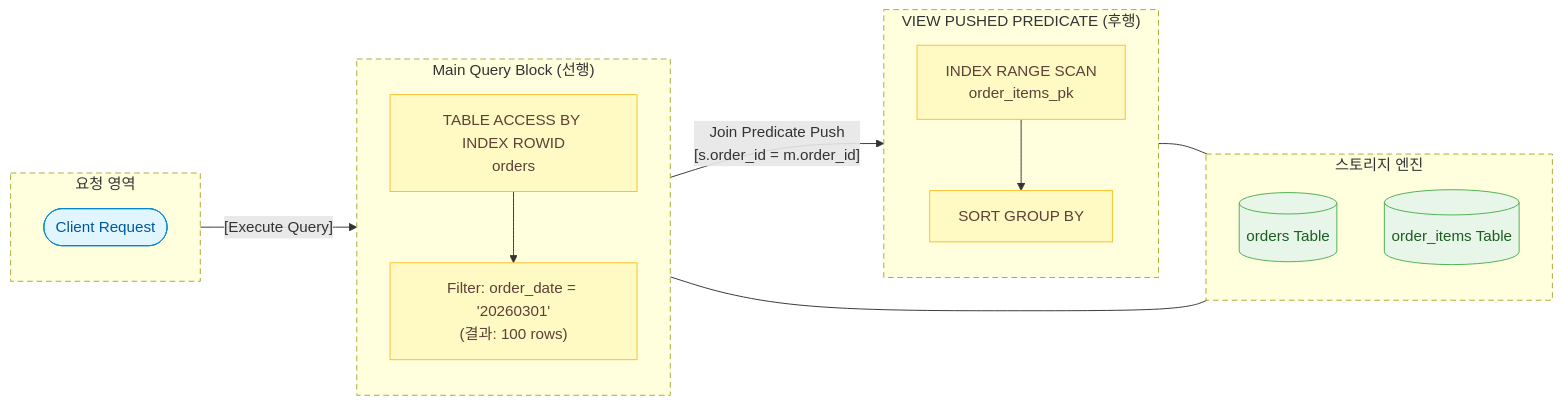
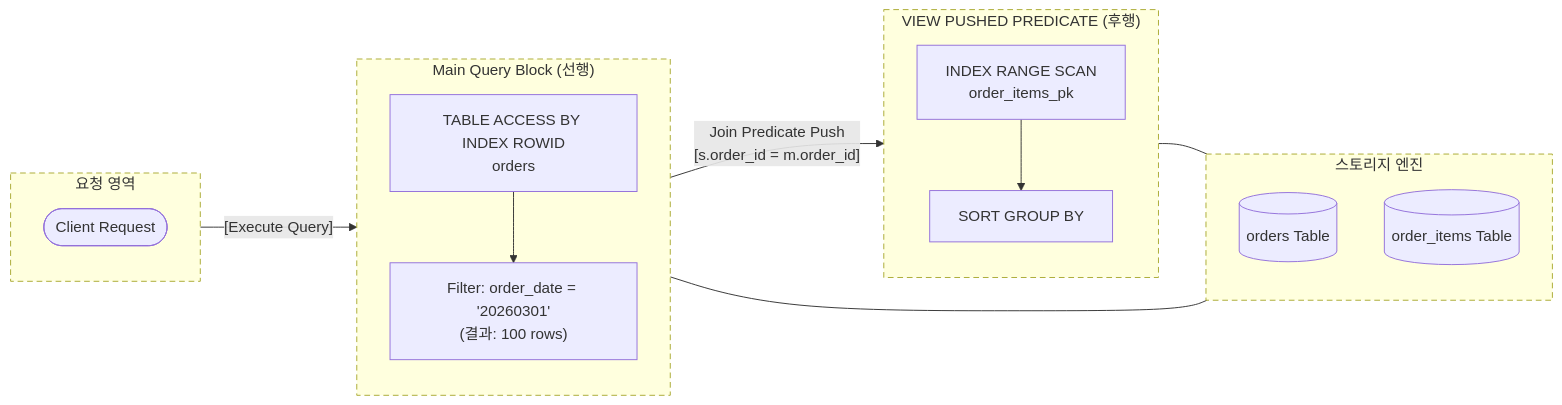
The first of 2 diagrams in docs/dbms/oracle/rownum-barrier-and-predicate-pushdown.md (djpibo/djpibo.github.io), drawn with Mermaid before and after one commit. The commit also changed other lines of this file and 8 other files, not shown here.

Commit message:
style(mermaid): unify all diagrams to monochrome and remove colored rect boxes

````diff
--- a/docs/dbms/oracle/rownum-barrier-and-predicate-pushdown.md
+++ b/docs/dbms/oracle/rownum-barrier-and-predicate-pushdown.md
@@ -81,45 +81,40 @@
 ```mermaid
 flowchart LR
     subgraph ClientLayer ["요청 영역"]
         direction TB
         Client(["Client Request"])
     end
 
     subgraph MainBlock ["Main Query Block (선행)"]
         direction TB
         M1["TABLE ACCESS BY INDEX ROWID<br/>orders"]
         M2["Filter: order_date = '20260301'<br/>(결과: 100 rows)"]
     end
 
     subgraph ViewBlock ["VIEW PUSHED PREDICATE (후행)"]
         direction TB
         V1["INDEX RANGE SCAN<br/>order_items_pk"]
         V2["SORT GROUP BY"]
     end
 
     subgraph StorageEngine ["스토리지 엔진"]
         direction TB
         T1[("orders Table")]
         T2[("order_items Table")]
     end
 
     Client -->|"[Execute Query]"| M1
     M1 --- T1
     M1 --> M2
     M2 -->|"Join Predicate Push<br/>[s.order_id = m.order_id]"| V1
     V1 --- T2
     V1 --> V2
 
-    classDef default fill:#FFFFFF,stroke:#424242,color:#212121;
-    classDef storage fill:#E8F5E9,stroke:#4CAF50,color:#1B5E20;
-    classDef compute fill:#FFF9C4,stroke:#FBC02D,color:#5D4037;
-    classDef network fill:#E1F5FE,stroke:#0288D1,color:#01579B;
-
     class T1,T2 storage;
     class M1,M2,V1,V2 compute;
     class Client network;
     style ClientLayer stroke-dasharray: 6 4;
     style MainBlock stroke-dasharray: 6 4;
     style ViewBlock stroke-dasharray: 6 4;
     style StorageEngine stroke-dasharray: 6 4;
 ```
````
